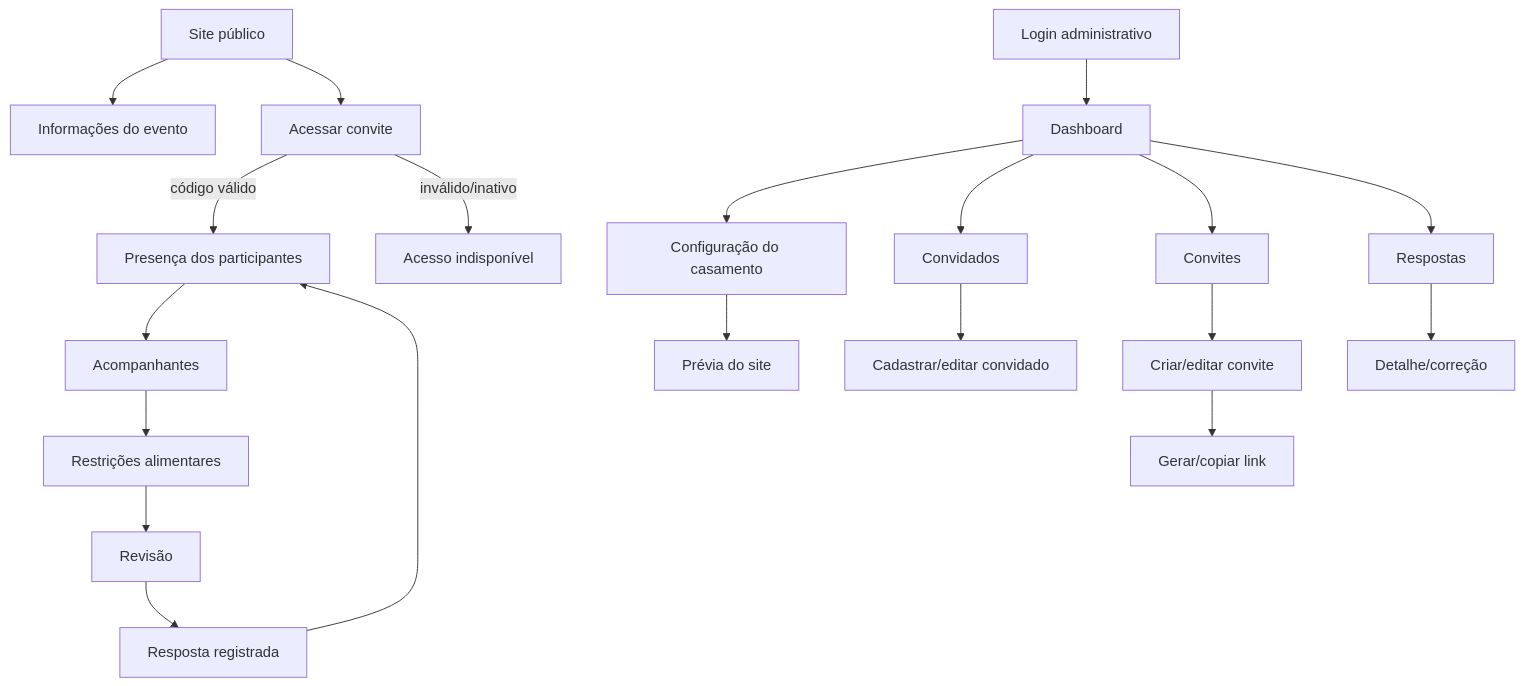
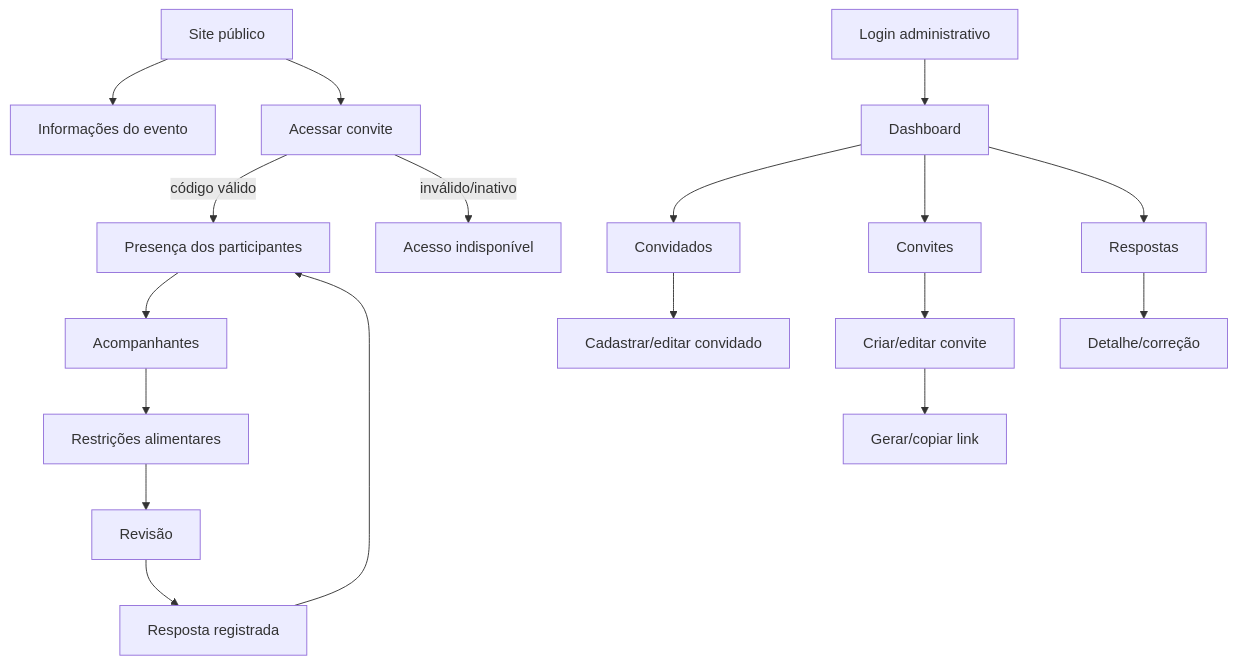
Before and after one commit to tobiasfkk/wedding_platform: the diagram in docs/WIREFRAMES_BAIXA_FIDELIDADE.md, drawn with Mermaid. The commit also changed other lines of this file and 98 other files, not shown here.

````diff
--- a/docs/WIREFRAMES_BAIXA_FIDELIDADE.md
+++ b/docs/WIREFRAMES_BAIXA_FIDELIDADE.md
@@ -47,23 +47,21 @@
 ```mermaid
 flowchart TD
     HOME[Site público] --> INFO[Informações do evento]
     HOME --> RSVP_ENTRY[Acessar convite]
     RSVP_ENTRY -->|código válido| RSVP_PEOPLE[Presença dos participantes]
     RSVP_ENTRY -->|inválido/inativo| RSVP_INVALID[Acesso indisponível]
     RSVP_PEOPLE --> RSVP_COMPANIONS[Acompanhantes]
     RSVP_COMPANIONS --> RSVP_DIET[Restrições alimentares]
     RSVP_DIET --> RSVP_REVIEW[Revisão]
     RSVP_REVIEW --> RSVP_SUCCESS[Resposta registrada]
     RSVP_SUCCESS --> RSVP_PEOPLE
 
     LOGIN[Login administrativo] --> DASH[Dashboard]
-    DASH --> WEDDING[Configuração do casamento]
     DASH --> GUESTS[Convidados]
     DASH --> INVITATIONS[Convites]
     DASH --> RESPONSES[Respostas]
-    WEDDING --> PREVIEW[Prévia do site]
     GUESTS --> GUEST_FORM[Cadastrar/editar convidado]
     INVITATIONS --> INVITATION_FORM[Criar/editar convite]
     INVITATION_FORM --> LINK[Gerar/copiar link]
     RESPONSES --> RESPONSE_DETAIL[Detalhe/correção]
 ```
````
